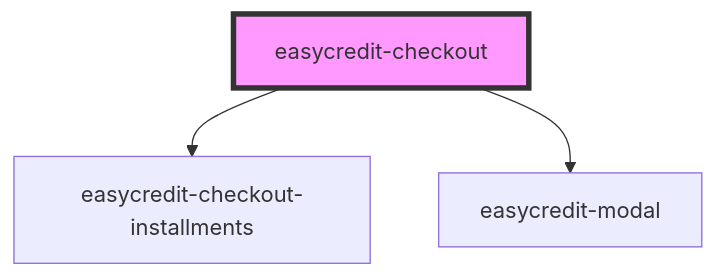
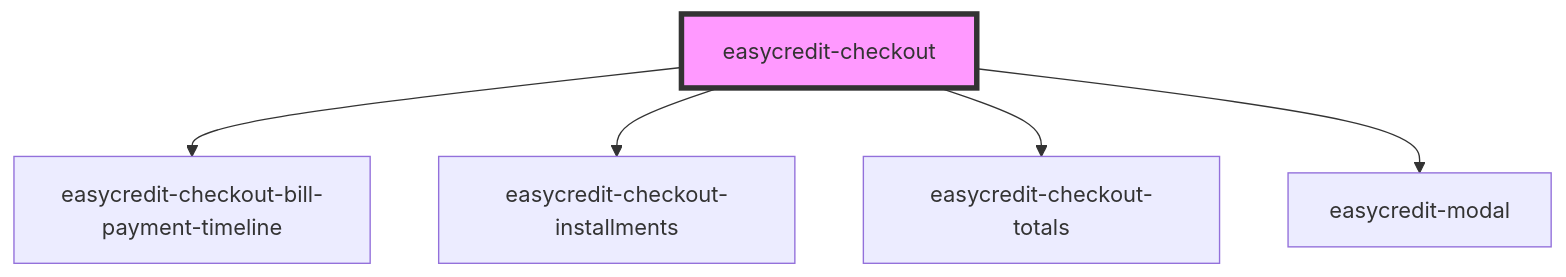
Before and after one commit to teambank/easycredit-webcomponents: the diagram in src/components/easycredit-checkout/readme.md, drawn with Mermaid. The commit also changed other lines of this file and 31 other files, not shown here.

Commit message:
integrate bill payment type in all major components

````diff
--- a/src/components/easycredit-checkout/readme.md
+++ b/src/components/easycredit-checkout/readme.md
@@ -29,6 +31,8 @@
 ```mermaid
 graph TD;
+  easycredit-checkout --> easycredit-checkout-bill-payment-timeline
   easycredit-checkout --> easycredit-checkout-installments
+  easycredit-checkout --> easycredit-checkout-totals
   easycredit-checkout --> easycredit-modal
   style easycredit-checkout fill:#f9f,stroke:#333,stroke-width:4px
 ```
````
